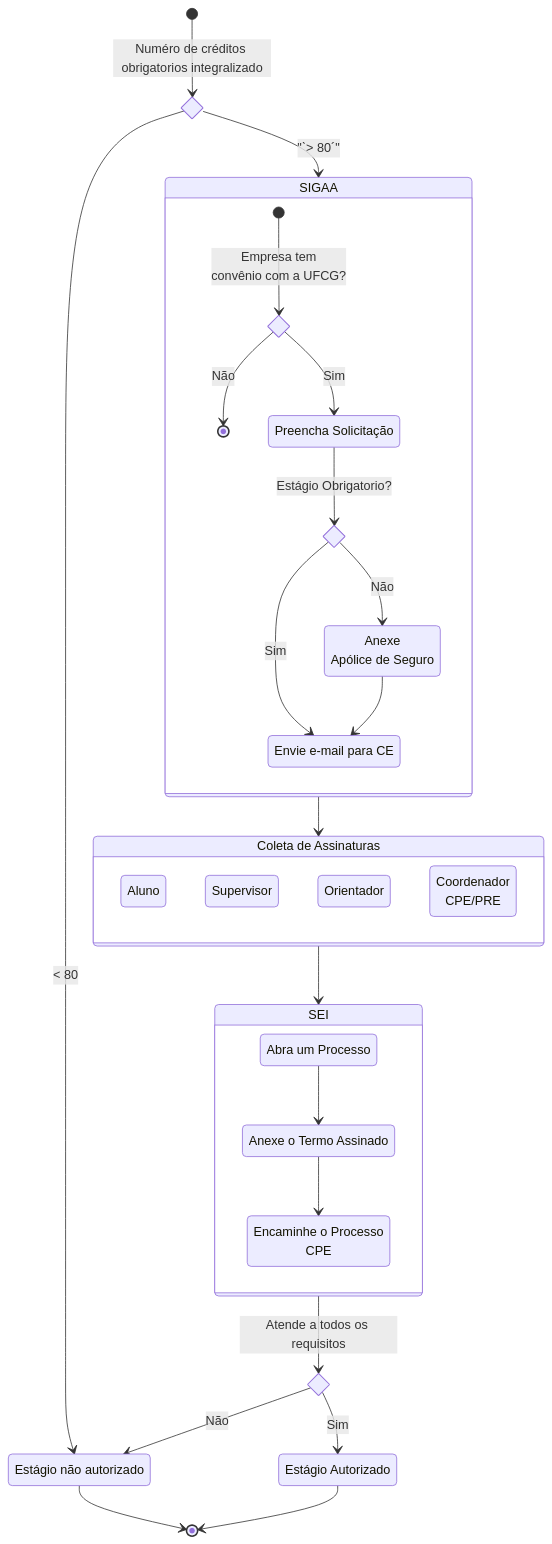
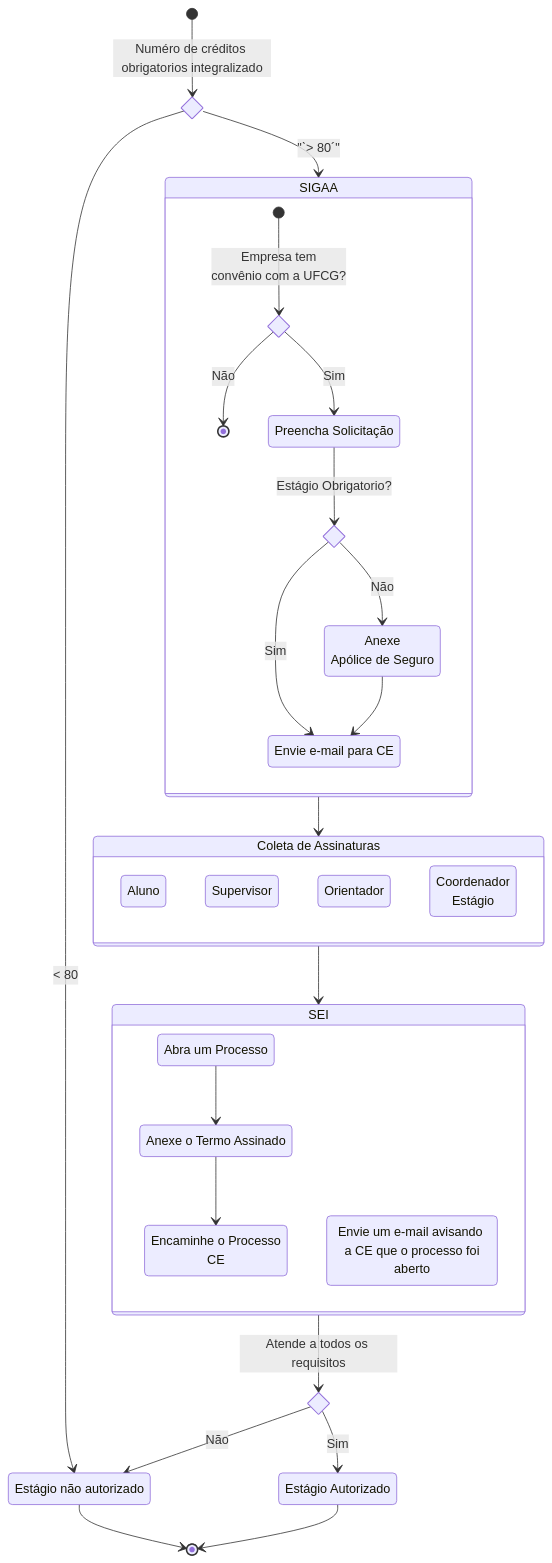
One commit to ccufcg/ce changed the diagram in novo_estagio.md. Above: the diagram before and after it, drawn with Mermaid. The commit also changed other lines of this file, not shown here.

Commit message:
Atualizacao das assinaturas

````diff
--- a/novo_estagio.md
+++ b/novo_estagio.md
@@ -27,67 +27,68 @@
 ```mermaid
 stateDiagram-v2
     direction TB
     
     ns : Estágio não autorizado
     ea : Estágio Autorizado
     state if_q1 <<choice>>
     state if_q2 <<choice>>
 
     B: SIGAA
     state B {
         direction TB
         state if_b1 <<choice>>
         state if_b2 <<choice>>
         B1: Preencha Solicitação
         B2: Anexe <br/> Apólice de Seguro
         B3: Envie e-mail para CE
         
 
         [*] --> if_b1 : Empresa tem <br/> convênio com a UFCG?
         if_b1 --> [*] : Não
         if_b1 --> B1 : Sim
         B1 --> if_b2 : Estágio Obrigatorio?
         if_b2 --> B2 : Não
         if_b2 --> B3 : Sim
 
         %% if_b2 --> B2 : Não
         %% B2 -- > B1
         
         B2 --> B3
     }
 
     C : Coleta de Assinaturas
     state C {
         C1: Aluno
         C2: Supervisor
         C3: Orientador
-        %% C4: Coordenador <br/> Estágio
-        C5: Coordenador <br/> CPE/PRE
+        C4: Coordenador <br/> Estágio
+        %% C5: Coordenador <br/> CPE/PRE
 
     }
 
     D: SEI
     state D {
         direction TB
         D1: Abra um Processo
         D2: Anexe o Termo Assinado
-        D3: Encaminhe o Processo <br/> CPE
+        D3: Encaminhe o Processo <br/> CE
+        D4: Envie um e-mail avisando <br/> a CE que o processo foi aberto
 
         D1 --> D2
         D2 --> D3
 
     }
 
     [*] --> if_q1 : Numéro de créditos obrigatorios integralizado
     if_q1 --> B : "ˋ> 80´"
     if_q1 --> ns : < 80
     ns --> [*]
     B --> C
     C --> D
     D --> if_q2 : Atende a todos os requisitos
     if_q2 --> ea : Sim
     if_q2 --> ns : Não
     ea --> [*]
 
 
 ```
````
